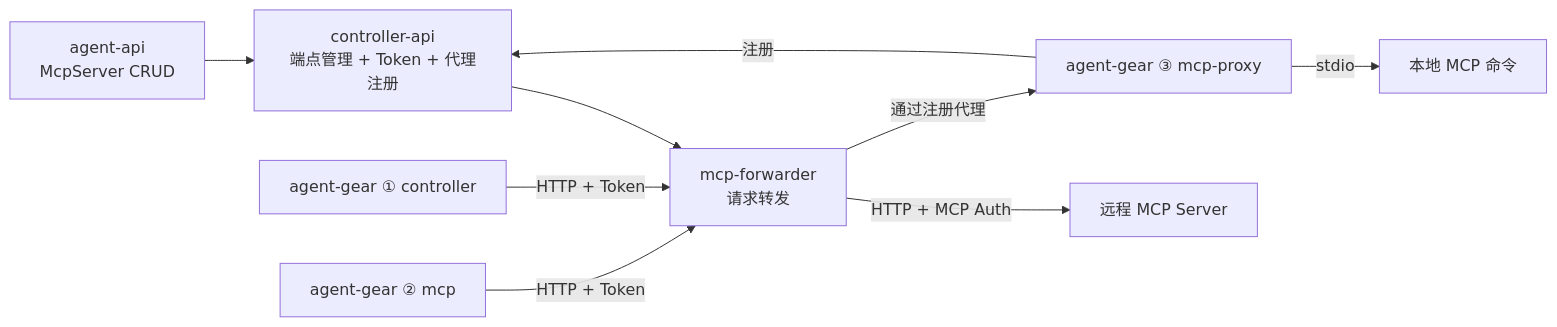
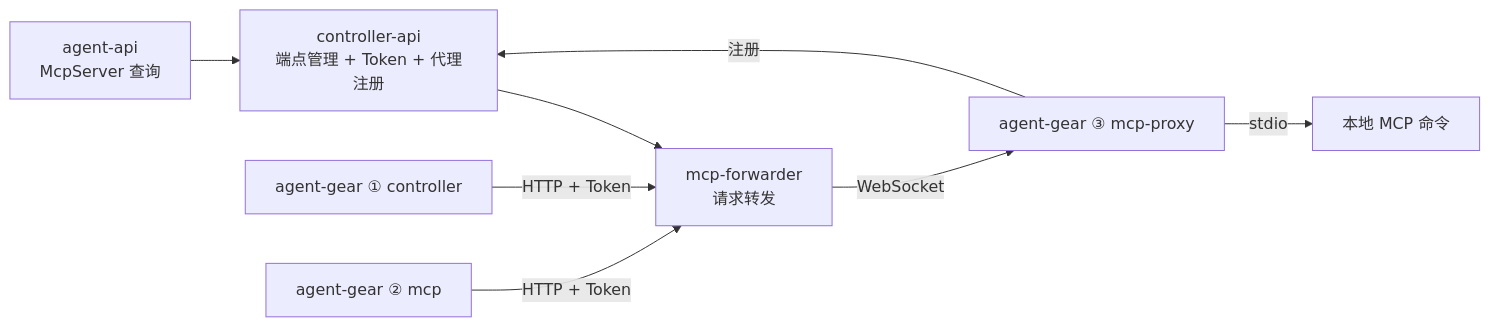
One commit to Deliay/z-agent-gear changed the second of 5 diagrams in docs/engineering/proposals/20260530-feat-mcp-proxy-config.md. Above: the diagram before and after it, drawn with Mermaid. The commit also changed other lines of this file, not shown here.

````diff
--- a/docs/engineering/proposals/20260530-feat-mcp-proxy-config.md
+++ b/docs/engineering/proposals/20260530-feat-mcp-proxy-config.md
@@ -146,11 +131,10 @@
 ```mermaid
 graph LR
-    A[agent-api<br/>McpServer CRUD] --> B[controller-api<br/>端点管理 + Token + 代理注册]
+    A[agent-api<br/>McpServer 查询] --> B[controller-api<br/>端点管理 + Token + 代理注册]
     B --> C[mcp-forwarder<br/>请求转发]
     D["agent-gear ① controller"] -->|HTTP + Token| C
     E["agent-gear ② mcp"] -->|HTTP + Token| C
     F["agent-gear ③ mcp-proxy"] -->|注册| B
     F -->|stdio| G[本地 MCP 命令]
-    C -->|HTTP + MCP Auth| H[远程 MCP Server]
-    C -->|通过注册代理| F
+    C -->|WebSocket| F
 ```
````
